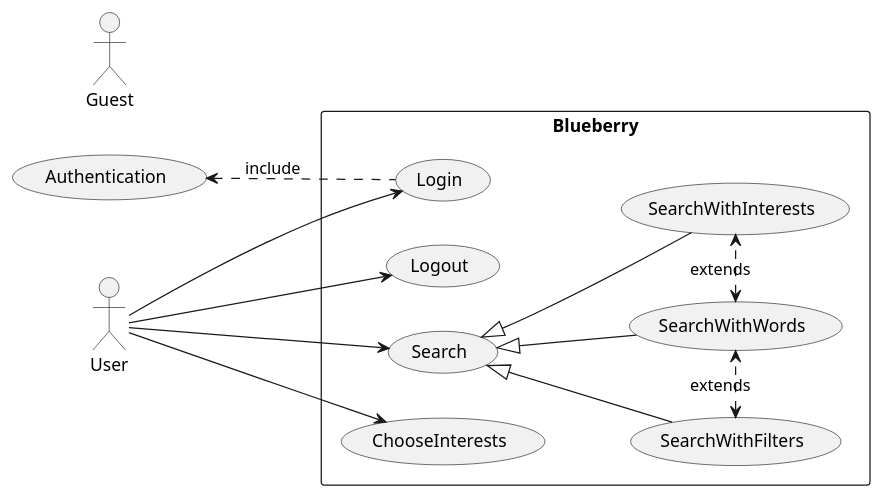
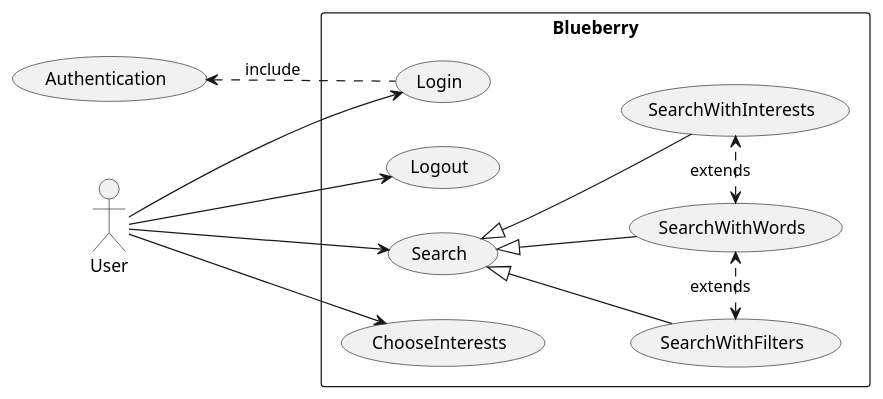
Before and after one commit to toffernator/blueberry: the diagram in docs/uml/usecase.puml, drawn with PlantUML.

Commit message:
Remove guest from usecase diagram

```diff
--- a/docs/uml/usecase.puml
+++ b/docs/uml/usecase.puml
@@ -1,29 +1,28 @@
 @startuml
 left to right direction
 actor "User" as user
-actor "Guest" as guest
 rectangle Blueberry {
   usecase "ChooseInterests" as interests
   usecase "Login" as login
   usecase "Logout" as logout
   usecase "Search" as search
   usecase "SearchWithInterests" as searchinterests
   usecase "SearchWithWords" as unfilter
   usecase "SearchWithFilters" as filter
 }
 usecase "Authentication" as auth
 
 user --> login
 user --> logout
 user --> interests
 login -up.> auth : include
 
 user --> search
 search <|-- filter
 search <|-- unfilter
 search <|-- searchinterests
 
 searchinterests <.left.> unfilter : extends
 filter <.> unfilter : extends 
 
 @enduml
```
